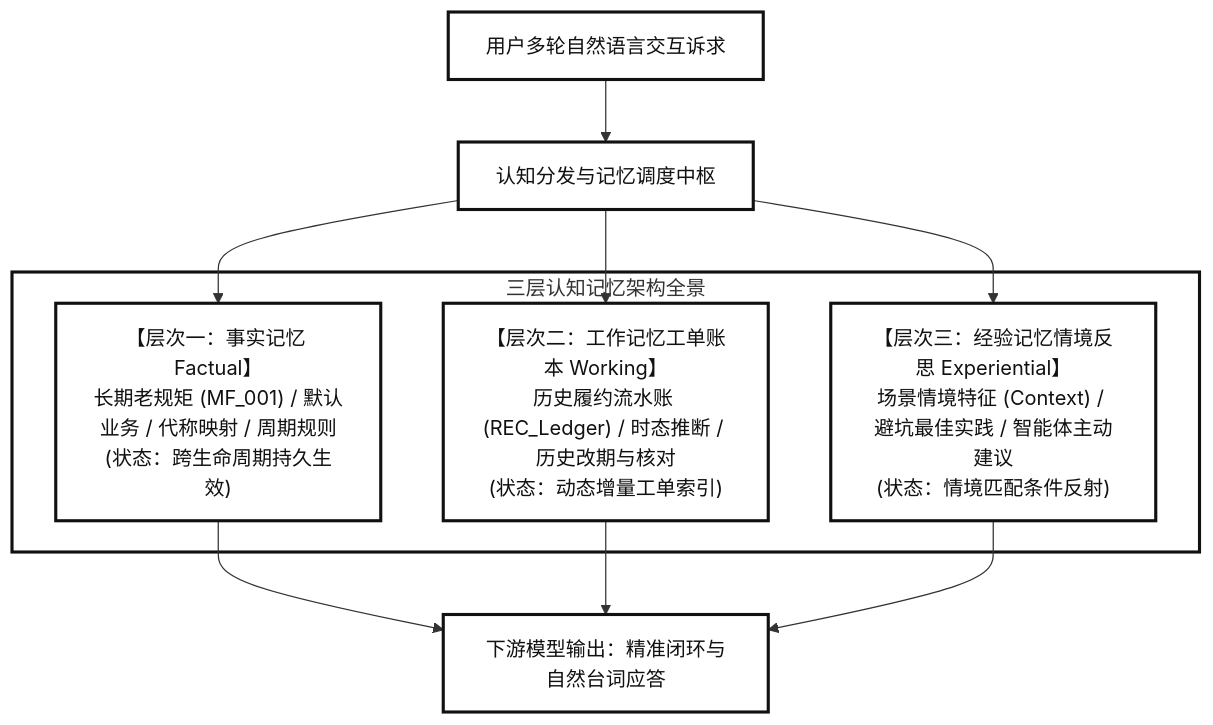
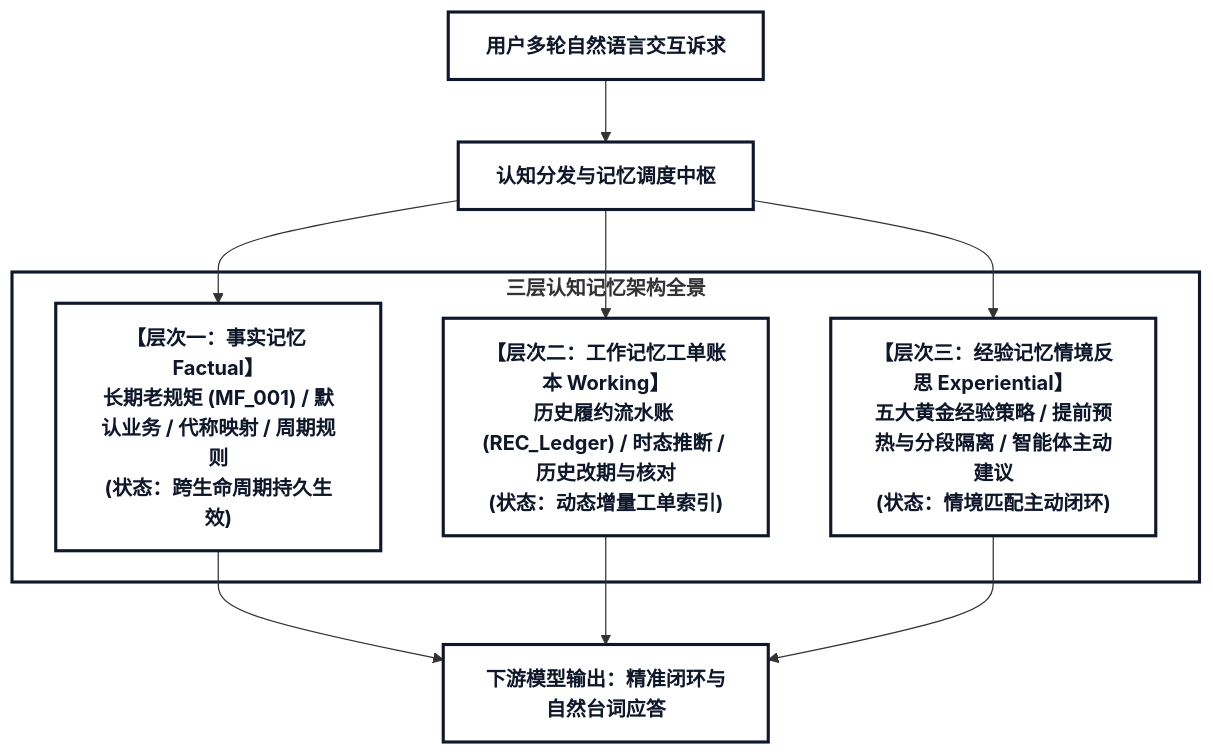
Before and after one commit to wangbanjin1/cross_data_gen: the first of 5 diagrams in docs/archive/memory_evolution_proposal.md, drawn with Mermaid. The commit also changed other lines of this file and 17 other files, not shown here.

Commit message:
docs: reorganize 4-layer doc architecture, convert ASCII to Mermaid, and upgrade HTML visual renderer

````diff
--- a/docs/archive/memory_evolution_proposal.md
+++ b/docs/archive/memory_evolution_proposal.md
@@ -17,22 +17,22 @@
 ```mermaid
 graph TD
-    classDef default fill:#FFFFFF,stroke:#111111,stroke-width:2.5px,color:#111111;
+    classDef default fill:#FFFFFF,stroke:#0F172A,stroke-width:2.5px,color:#0F172A,font-weight:bold;
 
-    User["用户多轮自然语言交互诉求"] --> Dispatcher["认知分发与记忆调度中枢"]
+    User["<b>用户多轮自然语言交互诉求</b>"] --> Dispatcher["<b>认知分发与记忆调度中枢</b>"]
 
-    subgraph MemoryTiers ["三层认知记忆架构全景"]
-        FM["【层次一：事实记忆 Factual】<br/>长期老规矩 (MF_001) / 默认业务 / 代称映射 / 周期规则<br/>(状态：跨生命周期持久生效)"]
-        WM["【层次二：工作记忆工单账本 Working】<br/>历史履约流水账 (REC_Ledger) / 时态推断 / 历史改期与核对<br/>(状态：动态增量工单索引)"]
-        EM["【层次三：经验记忆情境反思 Experiential】<br/>场景情境特征 (Context) / 避坑最佳实践 / 智能体主动建议<br/>(状态：情境匹配条件反射)"]
+    subgraph MemoryTiers ["<b>三层认知记忆架构全景</b>"]
+        FM["<b>【层次一：事实记忆 Factual】<br/>长期老规矩 (MF_001) / 默认业务 / 代称映射 / 周期规则<br/>(状态：跨生命周期持久生效)</b>"]
+        WM["<b>【层次二：工作记忆工单账本 Working】<br/>历史履约流水账 (REC_Ledger) / 时态推断 / 历史改期与核对<br/>(状态：动态增量工单索引)</b>"]
+        EM["<b>【层次三：经验记忆情境反思 Experiential】<br/>五大黄金经验策略 / 提前预热与分段隔离 / 智能体主动建议<br/>(状态：情境匹配主动闭环)</b>"]
     end
 
     Dispatcher --> FM
     Dispatcher --> WM
     Dispatcher --> EM
 
-    FM --> Output["下游模型输出：精准闭环与自然台词应答"]
+    FM --> Output["<b>下游模型输出：精准闭环与自然台词应答</b>"]
     WM --> Output
     EM --> Output
 
-    style MemoryTiers fill:#FFFFFF,stroke:#111111,stroke-width:2.5px;
+    style MemoryTiers fill:#FFFFFF,stroke:#0F172A,stroke-width:2.5px;
 ```
````
